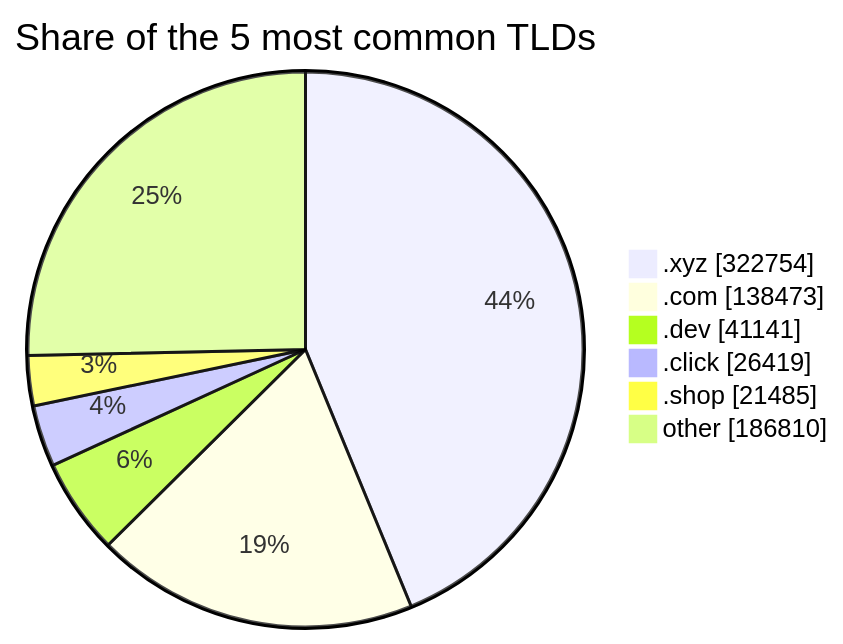
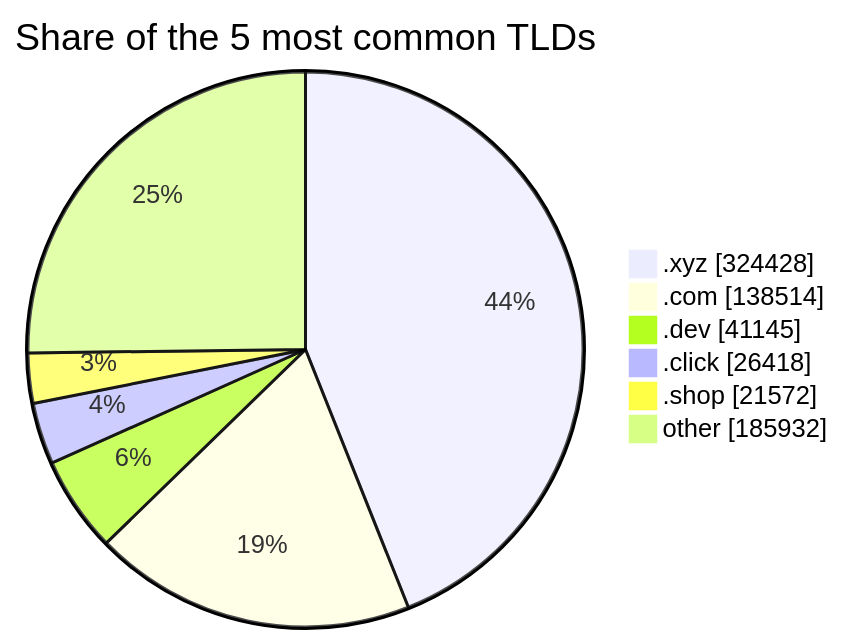
The third of 3 diagrams in README.md (DNSBunker/CTI), drawn with Mermaid before and after one commit. The commit also changed other lines of this file and 3 other files, not shown here.

````diff
--- a/README.md
+++ b/README.md
@@ -81,9 +81,9 @@
 ```mermaid
 pie showData title Share of the 5 most common TLDs
-    ".xyz" : 322754
-    ".com" : 138473
-    ".dev" : 41141
-    ".click" : 26419
-    ".shop" : 21485
-    "other" : 186810
+    ".xyz" : 324428
+    ".com" : 138514
+    ".dev" : 41145
+    ".click" : 26418
+    ".shop" : 21572
+    "other" : 185932
 ```
````
